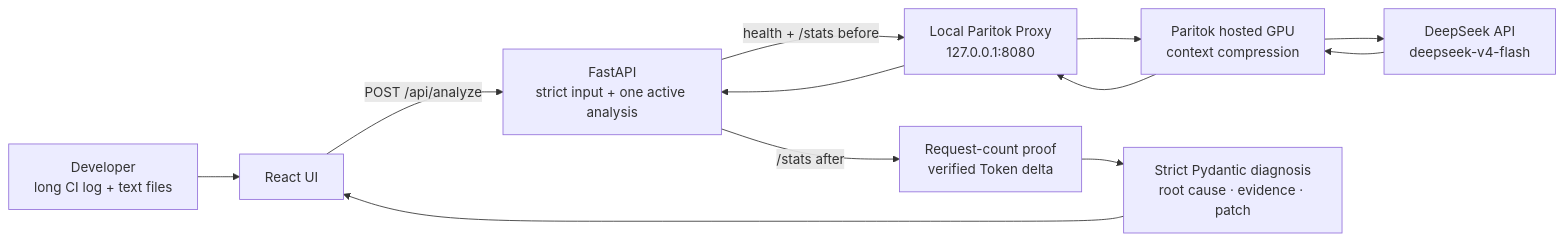
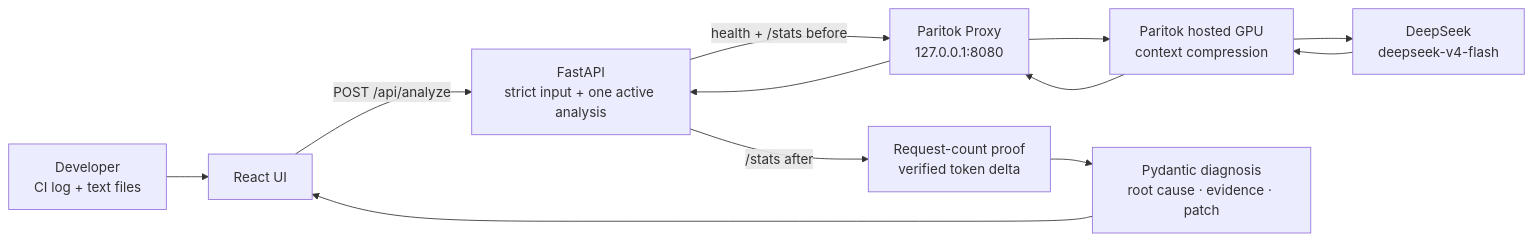
Before and after one commit to Gxinxin-sudo/LeanCI: the diagram in README.md, drawn with Mermaid. The commit also changed other lines of this file and 30 other files, not shown here.

````diff
--- a/README.md
+++ b/README.md
@@ -91,12 +144,12 @@
 ```mermaid
 flowchart LR
-    U["Developer<br/>long CI log + text files"] --> R["React UI"]
+    U["Developer<br/>CI log + text files"] --> R["React UI"]
     R -->|POST /api/analyze| A["FastAPI<br/>strict input + one active analysis"]
-    A -->|health + /stats before| P["Local Paritok Proxy<br/>127.0.0.1:8080"]
+    A -->|health + /stats before| P["Paritok Proxy<br/>127.0.0.1:8080"]
     P --> G["Paritok hosted GPU<br/>context compression"]
-    G --> D["DeepSeek API<br/>deepseek-v4-flash"]
+    G --> D["DeepSeek<br/>deepseek-v4-flash"]
     D --> G --> P --> A
-    A -->|/stats after| V["Request-count proof<br/>verified Token delta"]
-    V --> S["Strict Pydantic diagnosis<br/>root cause · evidence · patch"]
+    A -->|/stats after| V["Request-count proof<br/>verified token delta"]
+    V --> S["Pydantic diagnosis<br/>root cause · evidence · patch"]
     S --> R
 ```
````
